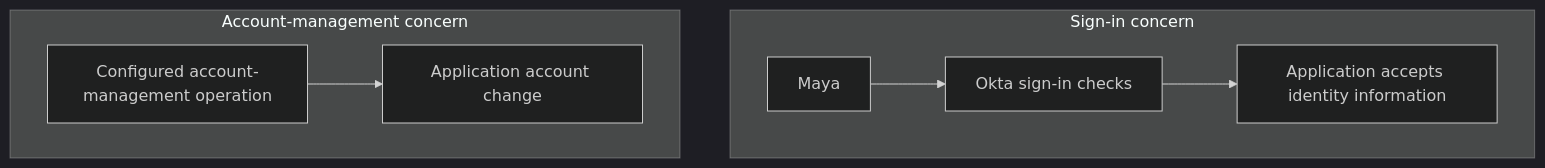
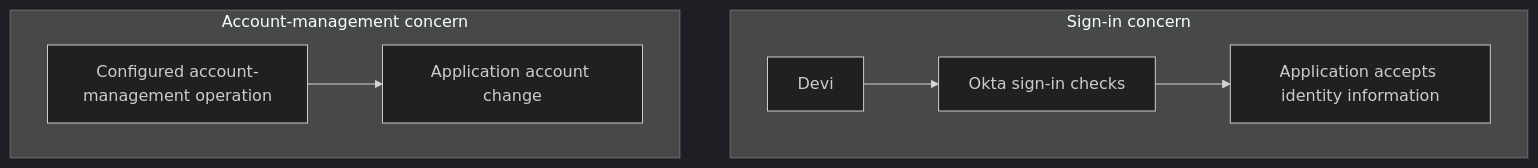
Before and after one commit to TedxHarry/Okta_Theory_Teaching: the third of 4 diagrams in lessons/day-01-people-identities-access.md, drawn with Mermaid (dark theme). The commit also changed other lines of this file and 164 other files, not shown here.

Commit message:
Rename course character Maya to Devi throughout all learning materials

````diff
--- a/lessons/day-01-people-identities-access.md
+++ b/lessons/day-01-people-identities-access.md
@@ -149,11 +149,11 @@
 ```mermaid
 flowchart TD
   subgraph S["Sign-in concern"]
     direction LR
-    A["Maya"] --> B["Okta sign-in checks"] --> C["Application accepts identity information"]
+    A["Devi"] --> B["Okta sign-in checks"] --> C["Application accepts identity information"]
   end
   subgraph MG["Account-management concern"]
     direction LR
     D["Configured account-management operation"] --> E["Application account change"]
   end
 ```
````
